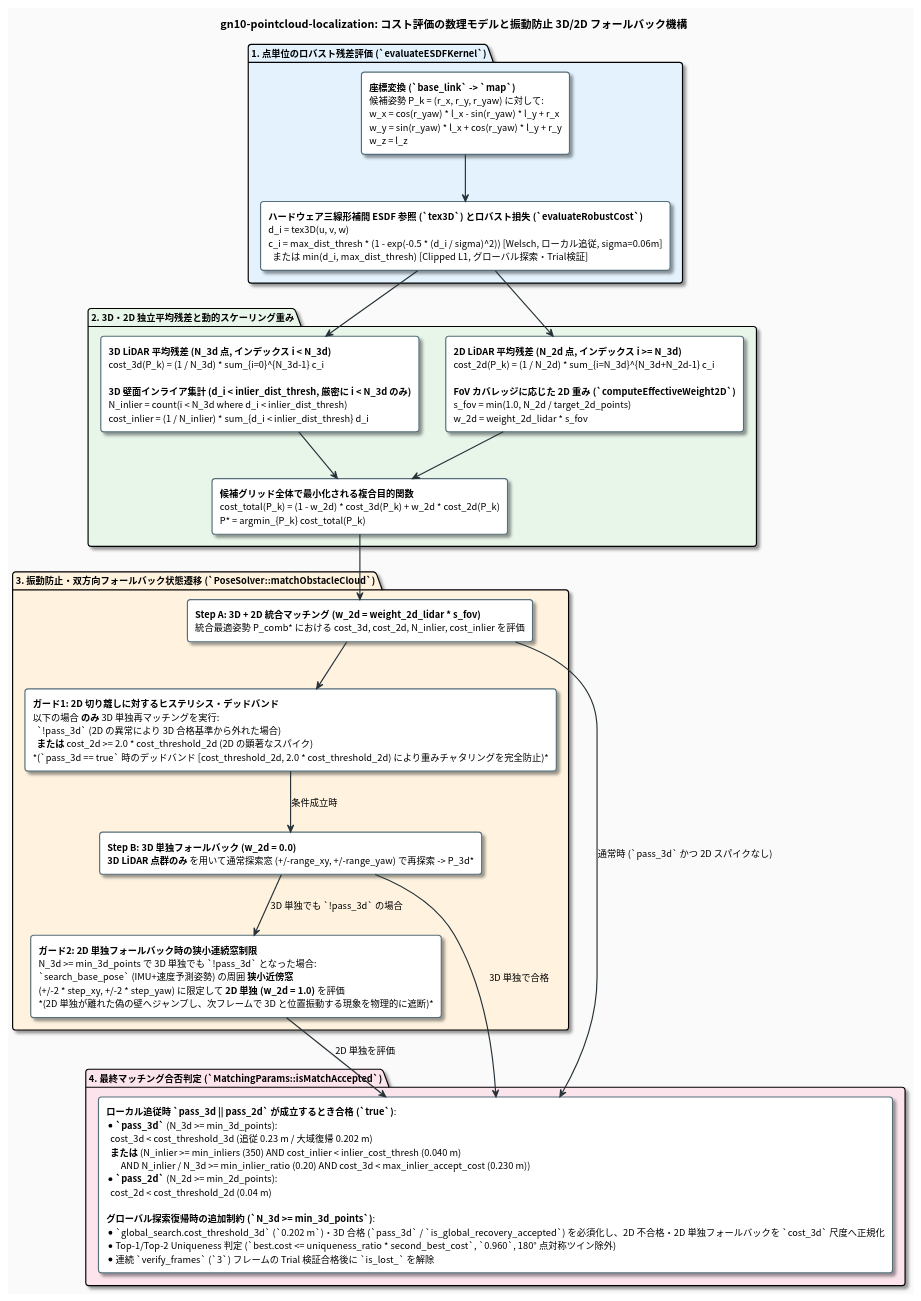
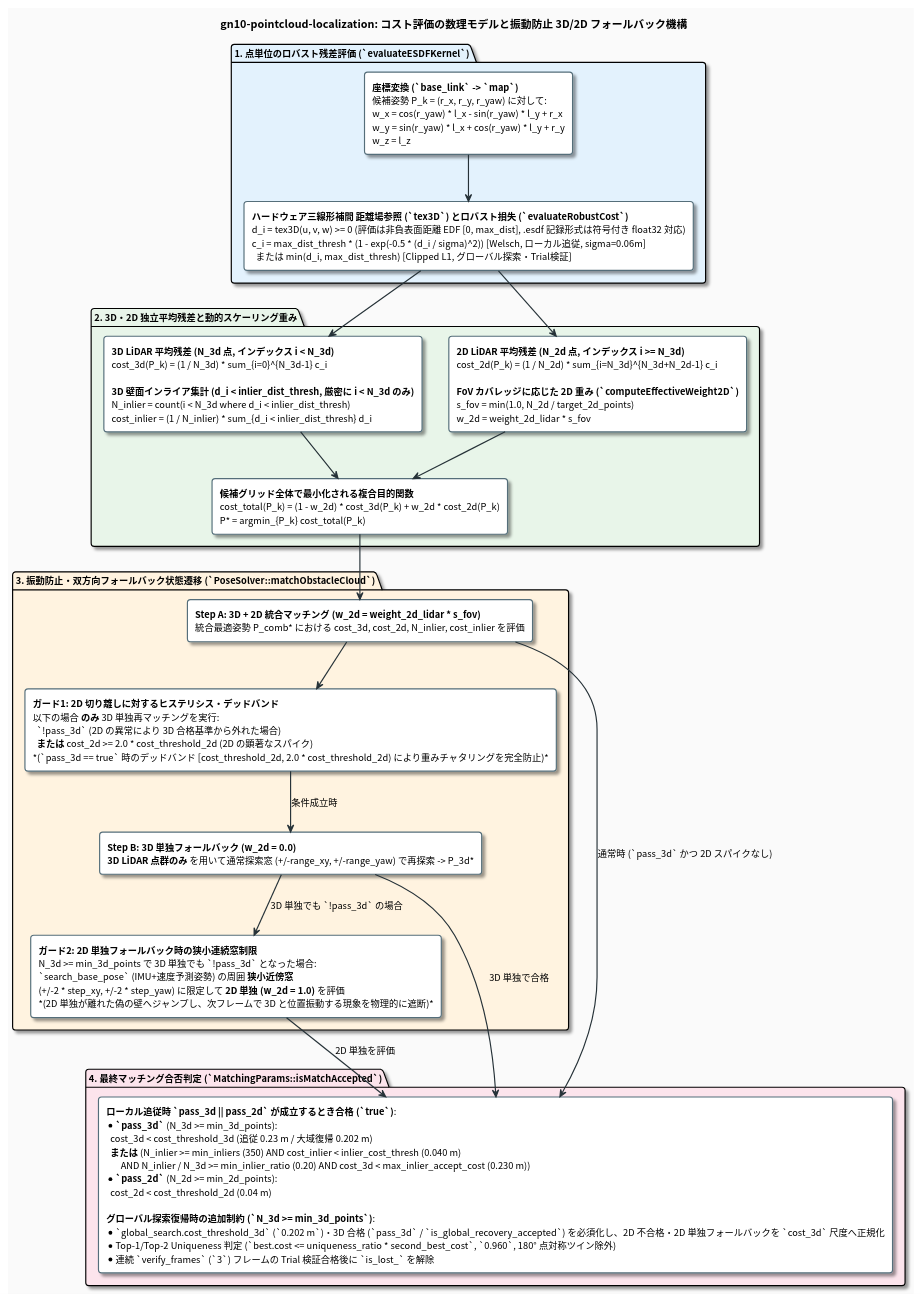
One commit to tmcit-ararobo-2026a/gn10-pointcloud-localization changed the diagram in docs/matching_cost_and_weighting_jp.pu. Above: the diagram before and after it, drawn with PlantUML. The commit also changed 10 other files, not shown here.

Commit message:
docs: clarify unsigned EDF evaluation vs float32 .esdf storage and bump version to 1.2.2

```diff
--- a/docs/matching_cost_and_weighting_jp.pu
+++ b/docs/matching_cost_and_weighting_jp.pu
@@ -1,70 +1,70 @@
 @startuml matching_cost_and_weighting_jp
 skinparam backgroundColor #FAFAFA
 skinparam defaultFontName "Roboto, Noto Sans CJK JP, sans-serif"
 skinparam defaultFontSize 12
 skinparam roundCorner 8
 skinparam shadowing true
 skinparam ArrowColor #263238
 skinparam ArrowThickness 1.5
 
 skinparam rectangle {
     BackgroundColor #FFFFFF
     BorderColor #546E7A
     BorderThickness 1.5
 }
 
 skinparam note {
     BackgroundColor #FFF8E1
     BorderColor #FFB300
     FontColor #263238
 }
 
 title **gn10-pointcloud-localization: コスト評価の数理モデルと振動防止 3D/2D フォールバック機構**
 
 package "1. 点単位のロバスト残差評価 (`evaluateESDFKernel`)" #E3F2FD {
     rectangle "**座標変換 (`base_link` -> `map`)**\n候補姿勢 P_k = (r_x, r_y, r_yaw) に対して:\nw_x = cos(r_yaw) * l_x - sin(r_yaw) * l_y + r_x\nw_y = sin(r_yaw) * l_x + cos(r_yaw) * l_y + r_y\nw_z = l_z" as TF_EQ
 
-    rectangle "**ハードウェア三線形補間 ESDF 参照 (`tex3D`) とロバスト損失 (`evaluateRobustCost`)**\nd_i = tex3D(u, v, w)\nc_i = max_dist_thresh * (1 - exp(-0.5 * (d_i / sigma)^2))  [Welsch, ローカル追従, sigma=0.06m]\n  または min(d_i, max_dist_thresh)  [Clipped L1, グローバル探索・Trial検証]" as CLIP_EQ
+    rectangle "**ハードウェア三線形補間 距離場参照 (`tex3D`) とロバスト損失 (`evaluateRobustCost`)**\nd_i = tex3D(u, v, w) >= 0  (評価は非負表面距離 EDF [0, max_dist], .esdf 記録形式は符号付き float32 対応)\nc_i = max_dist_thresh * (1 - exp(-0.5 * (d_i / sigma)^2))  [Welsch, ローカル追従, sigma=0.06m]\n  または min(d_i, max_dist_thresh)  [Clipped L1, グローバル探索・Trial検証]" as CLIP_EQ
 
     TF_EQ -down-> CLIP_EQ
 }
 
 package "2. 3D・2D 独立平均残差と動的スケーリング重み" #E8F5E9 {
     rectangle "**3D LiDAR 平均残差 (N_3d 点, インデックス i < N_3d)**\ncost_3d(P_k) = (1 / N_3d) * sum_{i=0}^{N_3d-1} c_i\n\n**3D 壁面インライア集計 (d_i < inlier_dist_thresh, 厳密に i < N_3d のみ)**\nN_inlier = count(i < N_3d where d_i < inlier_dist_thresh)\ncost_inlier = (1 / N_inlier) * sum_{d_i < inlier_dist_thresh} d_i" as COST_3D
 
     rectangle "**2D LiDAR 平均残差 (N_2d 点, インデックス i >= N_3d)**\ncost_2d(P_k) = (1 / N_2d) * sum_{i=N_3d}^{N_3d+N_2d-1} c_i\n\n**FoV カバレッジに応じた 2D 重み (`computeEffectiveWeight2D`)**\ns_fov = min(1.0, N_2d / target_2d_points)\nw_2d = weight_2d_lidar * s_fov" as COST_2D
 
     rectangle "**候補グリッド全体で最小化される複合目的関数**\ncost_total(P_k) = (1 - w_2d) * cost_3d(P_k) + w_2d * cost_2d(P_k)\nP* = argmin_{P_k} cost_total(P_k)" as COMP_EQ
 
     COST_3D -down-> COMP_EQ
     COST_2D -down-> COMP_EQ
 }
 
 CLIP_EQ -down-> COST_3D
 CLIP_EQ -down-> COST_2D
 
 package "3. 振動防止・双方向フォールバック状態遷移 (`PoseSolver::matchObstacleCloud`)" #FFF3E0 {
     rectangle "**Step A: 3D + 2D 統合マッチング (w_2d = weight_2d_lidar * s_fov)**\n統合最適姿勢 P_comb* における cost_3d, cost_2d, N_inlier, cost_inlier を評価" as STEP_A
 
     rectangle "**ガード1: 2D 切り離しに対するヒステリシス・デッドバンド**\n以下の場合 **のみ** 3D 単独再マッチングを実行:\n  `!pass_3d` (2D の異常により 3D 合格基準から外れた場合)\n  **または** cost_2d >= 2.0 * cost_threshold_2d (2D の顕著なスパイク)\n*(`pass_3d == true` 時のデッドバンド [cost_threshold_2d, 2.0 * cost_threshold_2d) により重みチャタリングを完全防止)*" as GUARD_1
 
     rectangle "**Step B: 3D 単独フォールバック (w_2d = 0.0)**\n**3D LiDAR 点群のみ** を用いて通常探索窓 (+/-range_xy, +/-range_yaw) で再探索 -> P_3d*" as STEP_B
 
     rectangle "**ガード2: 2D 単独フォールバック時の狭小連続窓制限**\nN_3d >= min_3d_points で 3D 単独でも `!pass_3d` となった場合:\n`search_base_pose` (IMU+速度予測姿勢) の周囲 **狭小近傍窓**\n(+/-2 * step_xy, +/-2 * step_yaw) に限定して **2D 単独 (w_2d = 1.0)** を評価\n*(2D 単独が離れた偽の壁へジャンプし、次フレームで 3D と位置振動する現象を物理的に遮断)*" as STEP_C
 
     STEP_A -down-> GUARD_1
     GUARD_1 -down-> STEP_B : 条件成立時
     STEP_B -down-> STEP_C : 3D 単独でも `!pass_3d` の場合
 }
 
 COMP_EQ -down-> STEP_A
 
 package "4. 最終マッチング合否判定 (`MatchingParams::isMatchAccepted`)" #FCE4EC {
     rectangle "**ローカル追従時 `pass_3d || pass_2d` が成立するとき合格 (`true`)**:\n* **`pass_3d`** (N_3d >= min_3d_points):\n  cost_3d < cost_threshold_3d (追従 0.23 m / 大域復帰 0.202 m)\n  **または** (N_inlier >= min_inliers (350) AND cost_inlier < inlier_cost_thresh (0.040 m)\n       AND N_inlier / N_3d >= min_inlier_ratio (0.20) AND cost_3d < max_inlier_accept_cost (0.230 m))\n* **`pass_2d`** (N_2d >= min_2d_points):\n  cost_2d < cost_threshold_2d (0.04 m)\n\n**グローバル探索復帰時の追加制約 (`N_3d >= min_3d_points`)**:\n* `global_search.cost_threshold_3d` (`0.202 m`)・3D 合格 (`pass_3d` / `is_global_recovery_accepted`) を必須化し、2D 不合格・2D 単独フォールバックを `cost_3d` 尺度へ正規化\n* Top-1/Top-2 Uniqueness 判定 (`best.cost <= uniqueness_ratio * second_best_cost`, `0.960`, 180° 点対称ツイン除外)\n* 連続 `verify_frames` (`3`) フレームの Trial 検証合格後に `is_lost_` を解除" as FINAL_ACCEPT
 }
 
 STEP_A -down-> FINAL_ACCEPT : 通常時 (`pass_3d` かつ 2D スパイクなし)
 STEP_B -down-> FINAL_ACCEPT : 3D 単独で合格
 STEP_C -down-> FINAL_ACCEPT : 2D 単独を評価
 
 @enduml
```
